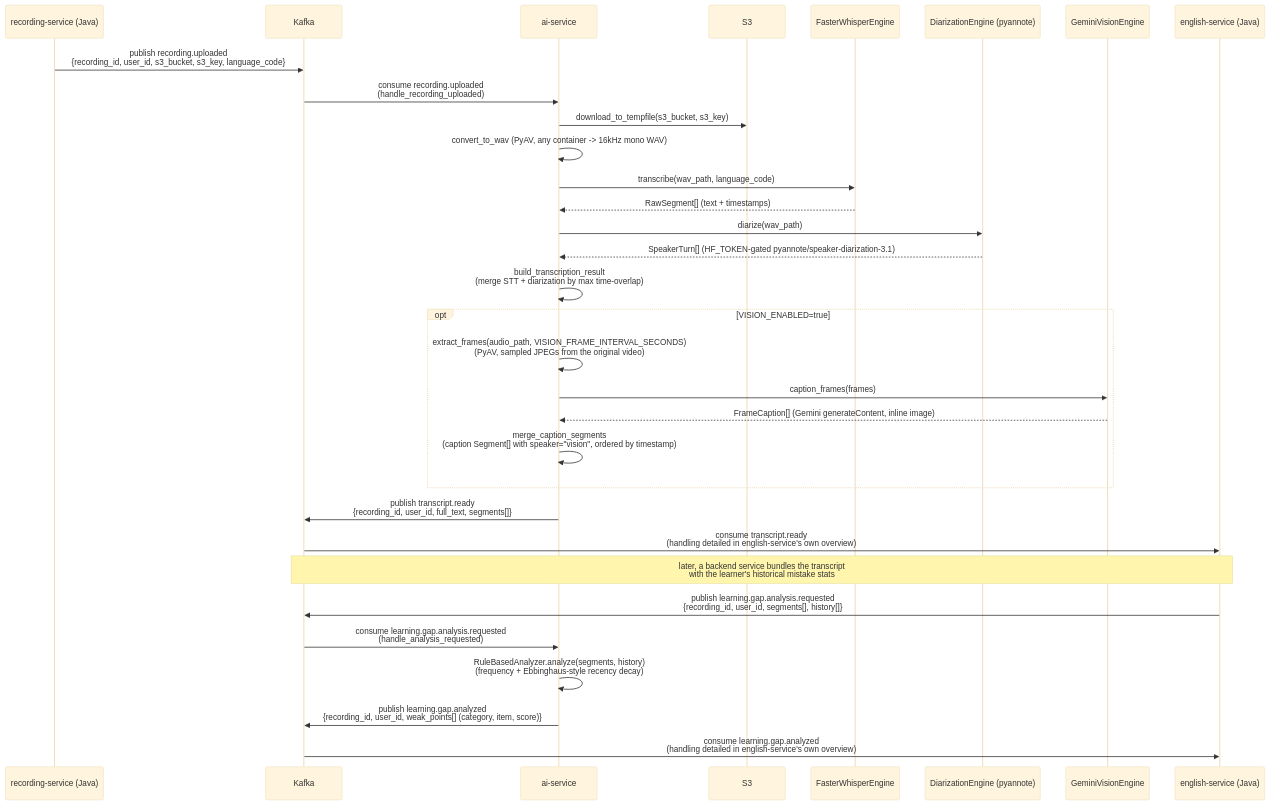
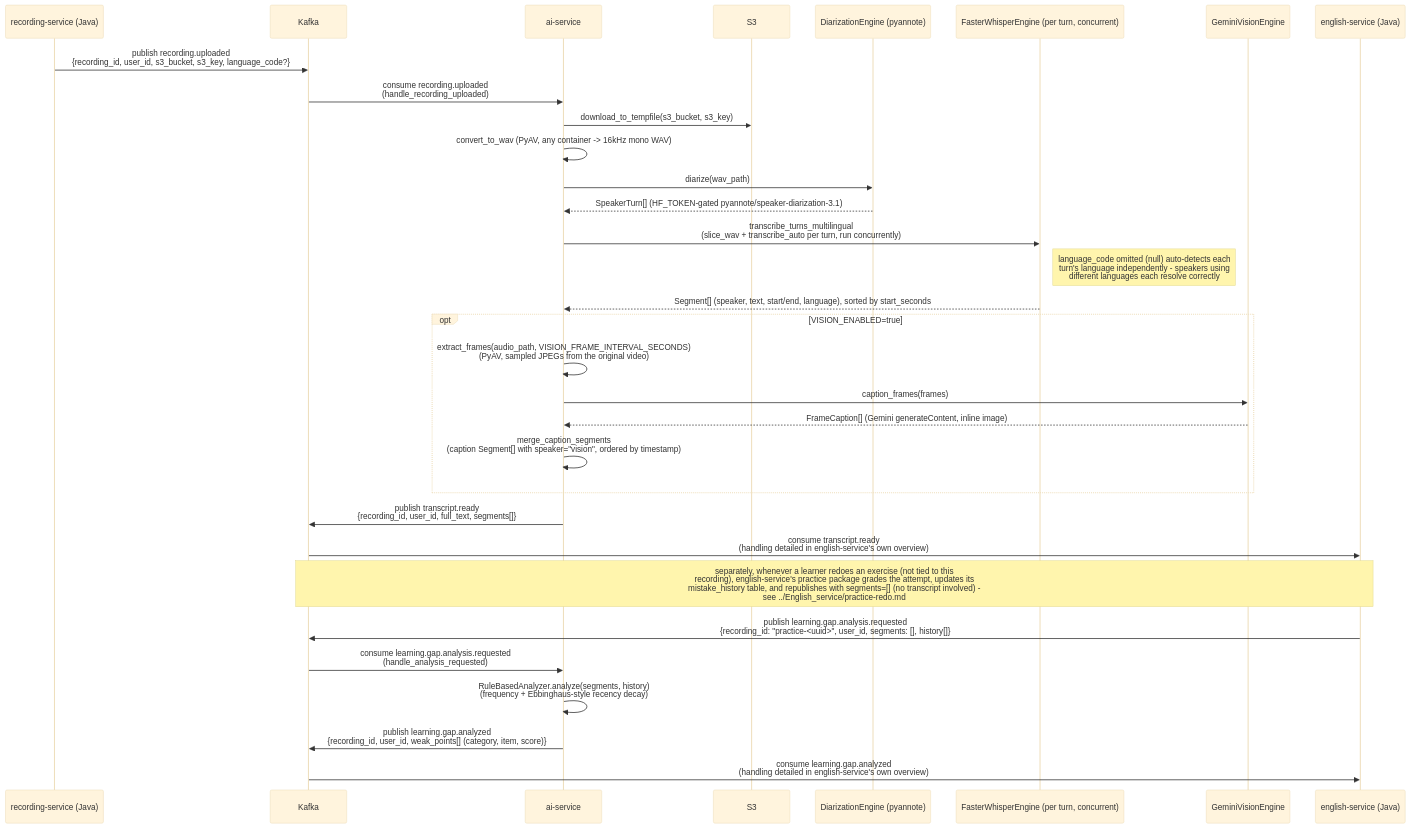
The first of 2 diagrams in docs/sequence/Ai_service/overview.md (CuongNguyen13/RemeLearning), drawn with Mermaid before and after one commit. The commit also changed other lines of this file and 90 other files, not shown here.

````diff
--- a/docs/sequence/Ai_service/overview.md
+++ b/docs/sequence/Ai_service/overview.md
@@ -18,45 +28,45 @@
 ```mermaid
 ---
 config:
   theme: base
   themeVariables:
     background: '#ffffff'
 ---
 sequenceDiagram
     participant Rec as recording-service (Java)
     participant Kafka
     participant AI as ai-service
     participant S3
-    participant Whisper as FasterWhisperEngine
     participant Diar as DiarizationEngine (pyannote)
+    participant Whisper as FasterWhisperEngine (per turn, concurrent)
     participant Vision as GeminiVisionEngine
     participant Eng as english-service (Java)
 
-    Rec->>Kafka: publish recording.uploaded<br/>{recording_id, user_id, s3_bucket, s3_key, language_code}
+    Rec->>Kafka: publish recording.uploaded<br/>{recording_id, user_id, s3_bucket, s3_key, language_code?}
     Kafka->>AI: consume recording.uploaded<br/>(handle_recording_uploaded)
     AI->>S3: download_to_tempfile(s3_bucket, s3_key)
     AI->>AI: convert_to_wav (PyAV, any container -> 16kHz mono WAV)
-    AI->>Whisper: transcribe(wav_path, language_code)
-    Whisper-->>AI: RawSegment[] (text + timestamps)
     AI->>Diar: diarize(wav_path)
     Diar-->>AI: SpeakerTurn[] (HF_TOKEN-gated pyannote/speaker-diarization-3.1)
-    AI->>AI: build_transcription_result<br/>(merge STT + diarization by max time-overlap)
+    AI->>Whisper: transcribe_turns_multilingual<br/>(slice_wav + transcribe_auto per turn, run concurrently)
+    Note right of Whisper: language_code omitted (null) auto-detects each<br/>turn's language independently - speakers using<br/>different languages each resolve correctly
+    Whisper-->>AI: Segment[] (speaker, text, start/end, language), sorted by start_seconds
 
     opt VISION_ENABLED=true
         AI->>AI: extract_frames(audio_path, VISION_FRAME_INTERVAL_SECONDS)<br/>(PyAV, sampled JPEGs from the original video)
         AI->>Vision: caption_frames(frames)
         Vision-->>AI: FrameCaption[] (Gemini generateContent, inline image)
         AI->>AI: merge_caption_segments<br/>(caption Segment[] with speaker="vision", ordered by timestamp)
     end
 
     AI->>Kafka: publish transcript.ready<br/>{recording_id, user_id, full_text, segments[]}
     Kafka->>Eng: consume transcript.ready<br/>(handling detailed in english-service's own overview)
 
-    Note over Eng,Kafka: later, a backend service bundles the transcript<br/>with the learner's historical mistake stats
+    Note over Eng,Kafka: separately, whenever a learner redoes an exercise (not tied to this<br/>recording), english-service's practice package grades the attempt, updates its<br/>mistake_history table, and republishes with segments=[] (no transcript involved) -<br/>see ../English_service/practice-redo.md
 
-    Eng->>Kafka: publish learning.gap.analysis.requested<br/>{recording_id, user_id, segments[], history[]}
+    Eng->>Kafka: publish learning.gap.analysis.requested<br/>{recording_id: "practice-<uuid>", user_id, segments: [], history[]}
     Kafka->>AI: consume learning.gap.analysis.requested<br/>(handle_analysis_requested)
     AI->>AI: RuleBasedAnalyzer.analyze(segments, history)<br/>(frequency + Ebbinghaus-style recency decay)
     AI->>Kafka: publish learning.gap.analyzed<br/>{recording_id, user_id, weak_points[] (category, item, score)}
     Kafka->>Eng: consume learning.gap.analyzed<br/>(handling detailed in english-service's own overview)
 ```
````
